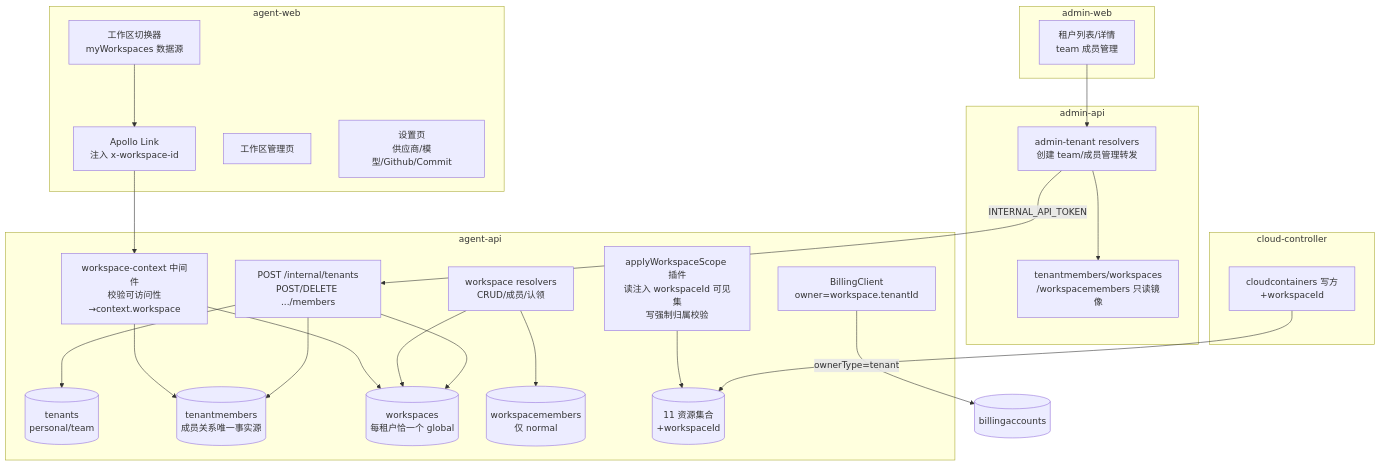
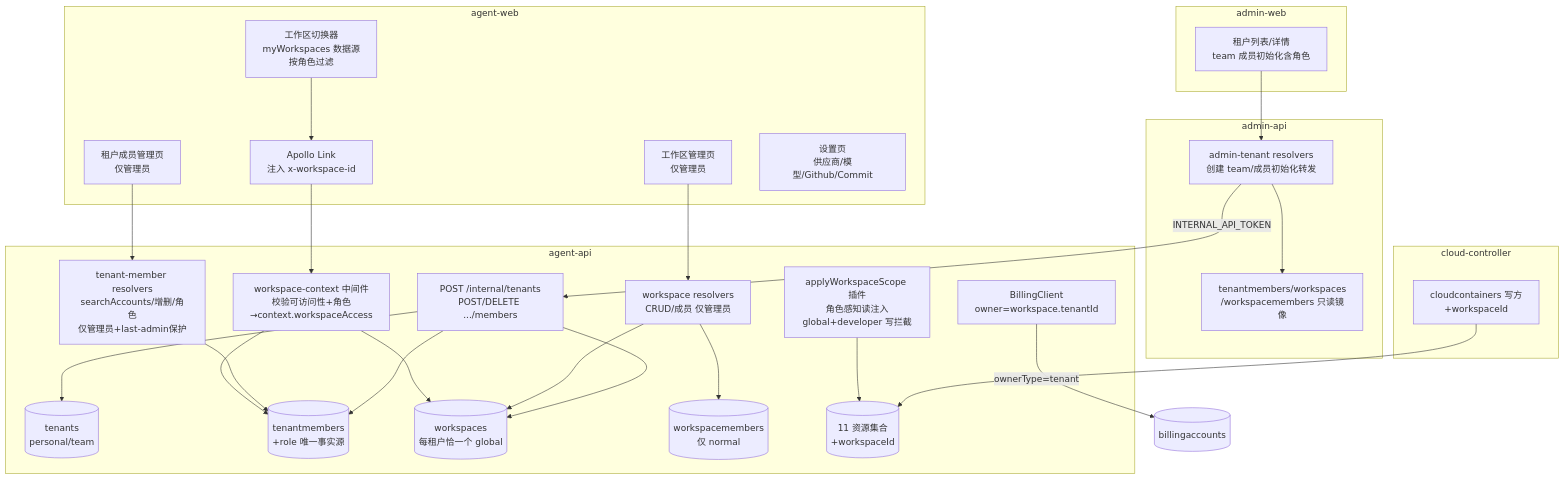
One commit to Deliay/z-agent-gear changed the second of 8 diagrams in docs/engineering/proposals/20261028-feat-multi-tenant-phase2.md. Above: the diagram before and after it, drawn with Mermaid. The commit also changed other lines of this file and 3 other files, not shown here.

````diff
--- a/docs/engineering/proposals/20261028-feat-multi-tenant-phase2.md
+++ b/docs/engineering/proposals/20261028-feat-multi-tenant-phase2.md
@@ -70,43 +74,46 @@
 ```mermaid
 graph TD
     subgraph agent-web
-        SW[工作区切换器<br/>myWorkspaces 数据源]
+        SW[工作区切换器<br/>myWorkspaces 数据源<br/>按角色过滤]
         HDR[Apollo Link<br/>注入 x-workspace-id]
-        WM[工作区管理页]
+        TMG[租户成员管理页<br/>仅管理员]
+        WM[工作区管理页<br/>仅管理员]
         SET[设置页<br/>供应商/模型/Github/Commit]
     end
     subgraph admin-web
-        AT[租户列表/详情<br/>team 成员管理]
+        AT[租户列表/详情<br/>team 成员初始化含角色]
     end
     subgraph agent-api
-        MID[workspace-context 中间件<br/>校验可访问性→context.workspace]
-        WSG[workspace resolvers<br/>CRUD/成员/认领]
-        WSP[applyWorkspaceScope 插件<br/>读注入 workspaceId 可见集<br/>写强制归属校验]
+        MID[workspace-context 中间件<br/>校验可访问性+角色<br/>→context.workspaceAccess]
+        WSG[workspace resolvers<br/>CRUD/成员 仅管理员]
+        TRG[tenant-member resolvers<br/>searchAccounts/增删/角色<br/>仅管理员+last-admin保护]
+        WSP[applyWorkspaceScope 插件<br/>角色感知读注入<br/>global+developer 写拦截]
         TEN[(tenants<br/>personal/team)]
-        TM[(tenantmembers<br/>成员关系唯一事实源)]
+        TM[(tenantmembers<br/>+role 唯一事实源)]
         WS[(workspaces<br/>每租户恰一个 global)]
         WSM[(workspacemembers<br/>仅 normal)]
         RES[(11 资源集合<br/>+workspaceId)]
         IT[POST /internal/tenants<br/>POST/DELETE .../members]
         BC[BillingClient<br/>owner=workspace.tenantId]
     end
     subgraph admin-api
-        ATR[admin-tenant resolvers<br/>创建 team/成员管理转发]
+        ATR[admin-tenant resolvers<br/>创建 team/成员初始化转发]
         MIR2[tenantmembers/workspaces<br/>/workspacemembers 只读镜像]
     end
     subgraph cloud-controller
         CC[cloudcontainers 写方<br/>+workspaceId]
     end
     SW --> HDR --> MID --> WS
     MID --> TM
-    WSG --> WS
+    TMG --> TRG --> TM
+    WM --> WSG --> WS
     WSG --> WSM
     WSP --> RES
     AT --> ATR -->|INTERNAL_API_TOKEN| IT
     IT --> TEN
     IT --> TM
     IT --> WS
     ATR --> MIR2
     BC -->|ownerType=tenant| BA[(billingaccounts)]
     CC --> RES
 ```
````
